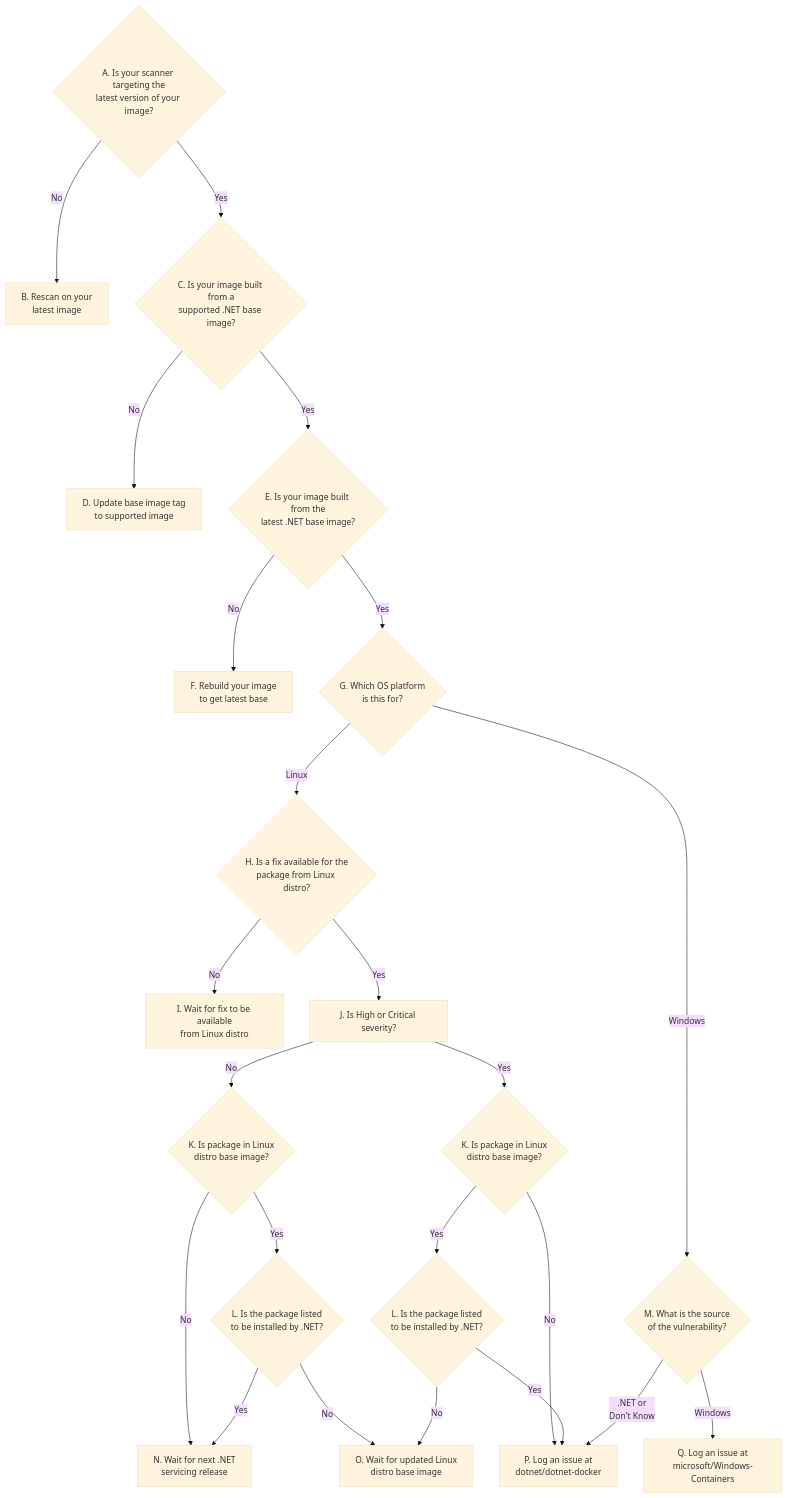
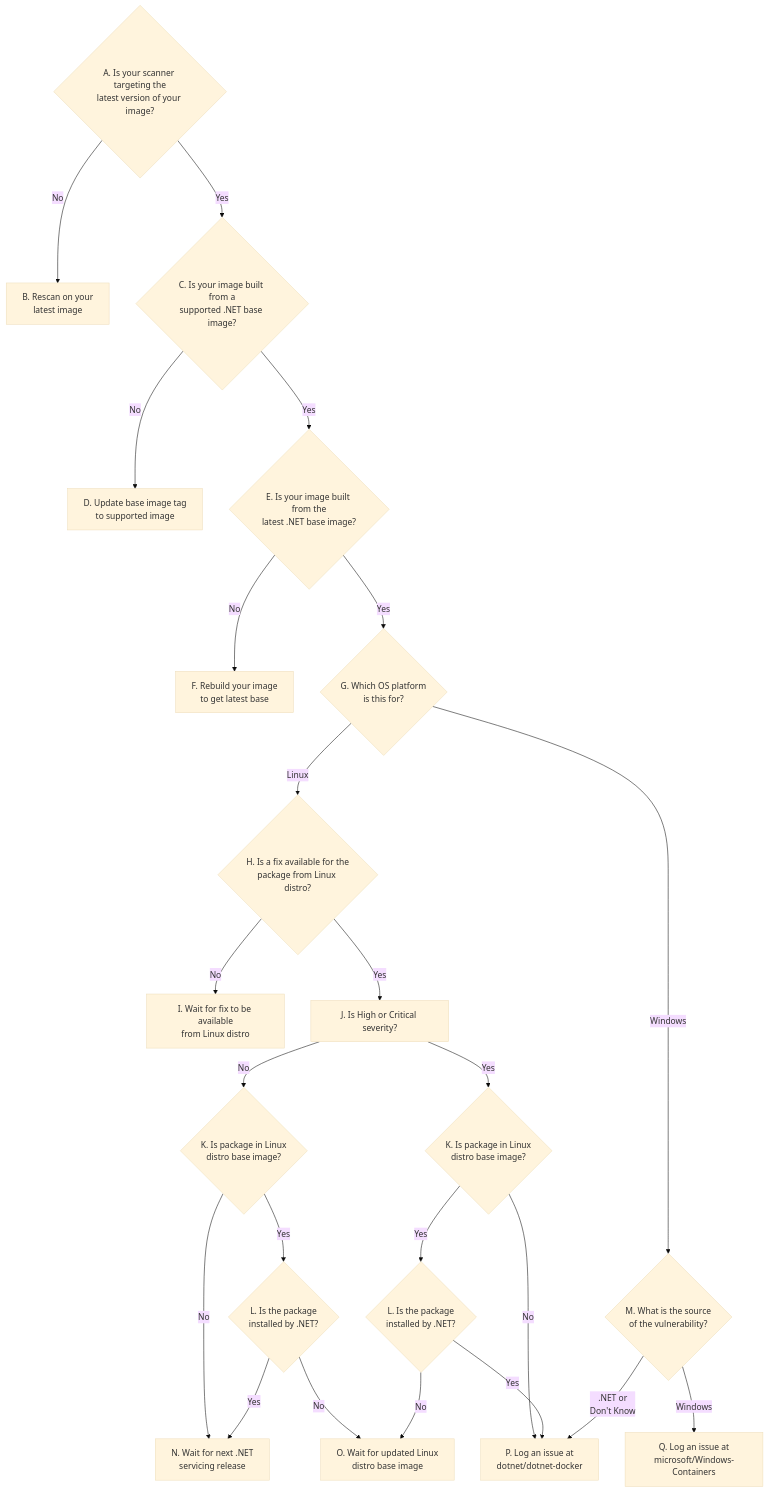
The diagram in documentation/vulnerability-reporting.md (dotnet/dotnet-docker), drawn with Mermaid (base theme) before and after one commit. The commit also changed other lines of this file, not shown here.

````diff
--- a/documentation/vulnerability-reporting.md
+++ b/documentation/vulnerability-reporting.md
@@ -16,26 +16,26 @@
 ```mermaid
 flowchart
     ScanningLatest{A. Is your scanner targeting the<br>latest version of your image?} --> |No|RescanLatest[B. Rescan on your<br>latest image]
     ScanningLatest --> |Yes|BuiltOnSupportedBase{C. Is your image built from a<br>supported .NET base image?}
     BuiltOnSupportedBase --> |No|UpdateBaseImageTag[D. Update base image tag<br>to supported image]
     BuiltOnSupportedBase --> |Yes|BuiltOnLatestBase{E. Is your image built from the<br>latest .NET base image?}
     BuiltOnLatestBase --> |No|RebuildImage[F. Rebuild your image<br>to get latest base]
     BuiltOnLatestBase --> |Yes|PlatformType{G. Which OS platform<br>is this for?}
     PlatformType --> |Linux|LinuxFixAvailability{H. Is a fix available for the<br>package from Linux distro?}
     PlatformType --> |Windows|WindowsVulnSource{M. What is the source<br>of the vulnerability?}
     LinuxFixAvailability --> |No|WaitForFix[I. Wait for fix to be available<br>from Linux distro]
     LinuxFixAvailability --> |Yes|HiSeverity[J. Is High or Critical severity?]
     HiSeverity --> |No|LoSevInLinuxBaseImage{K. Is package in Linux<br>distro base image?}
     HiSeverity --> |Yes|HiSevInLinuxBaseImage{K. Is package in Linux<br>distro base image?}
     LoSevInLinuxBaseImage --> |No|WaitForDotnetServicing[N. Wait for next .NET<br>servicing release]
-    LoSevInLinuxBaseImage --> |Yes|LoSevInstalledByDotnet{L. Is the package listed<br>to be installed by .NET?}
+    LoSevInLinuxBaseImage --> |Yes|LoSevInstalledByDotnet{L. Is the package<br>installed by .NET?}
     LoSevInstalledByDotnet --> |Yes|WaitForDotnetServicing
     LoSevInstalledByDotnet --> |No|WaitForLinuxBaseUpdate[O. Wait for updated Linux<br>distro base image]
     HiSevInLinuxBaseImage --> |No|LogDotnetDocker[P. Log an issue at<br>dotnet/dotnet-docker]
-    HiSevInLinuxBaseImage --> |Yes|HiSevInstalledByDotnet{L. Is the package listed<br>to be installed by .NET?}
+    HiSevInLinuxBaseImage --> |Yes|HiSevInstalledByDotnet{L. Is the package<br>installed by .NET?}
     HiSevInstalledByDotnet --> |No|WaitForLinuxBaseUpdate
     HiSevInstalledByDotnet --> |Yes|LogDotnetDocker
     WindowsVulnSource --> |.NET or<br> Don't Know|LogDotnetDocker
     WindowsVulnSource --> |Windows|WindowsVuln[Q. Log an issue at<br>microsoft/Windows-Containers]
     click RescanLatest "https://gist.github.com/mthalman/abb13321b6dbe93b3e79e4d979002f11#test" "This is a tooltip for a link"
 ```
````
